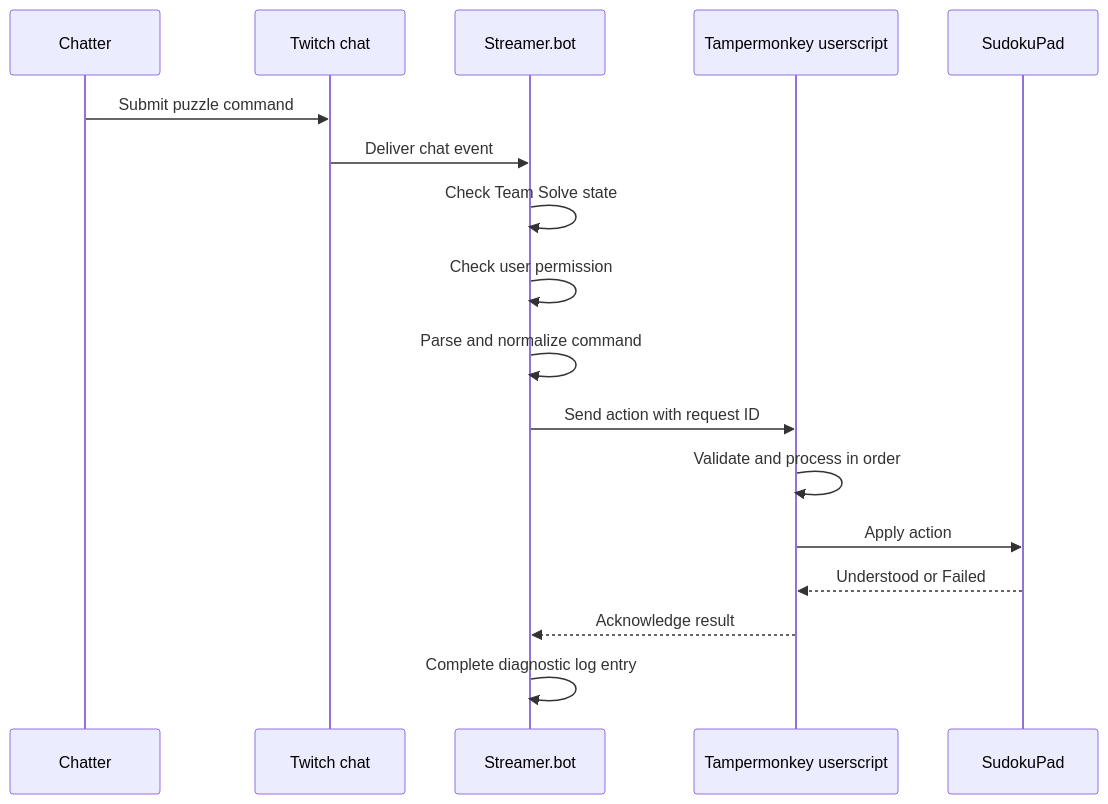
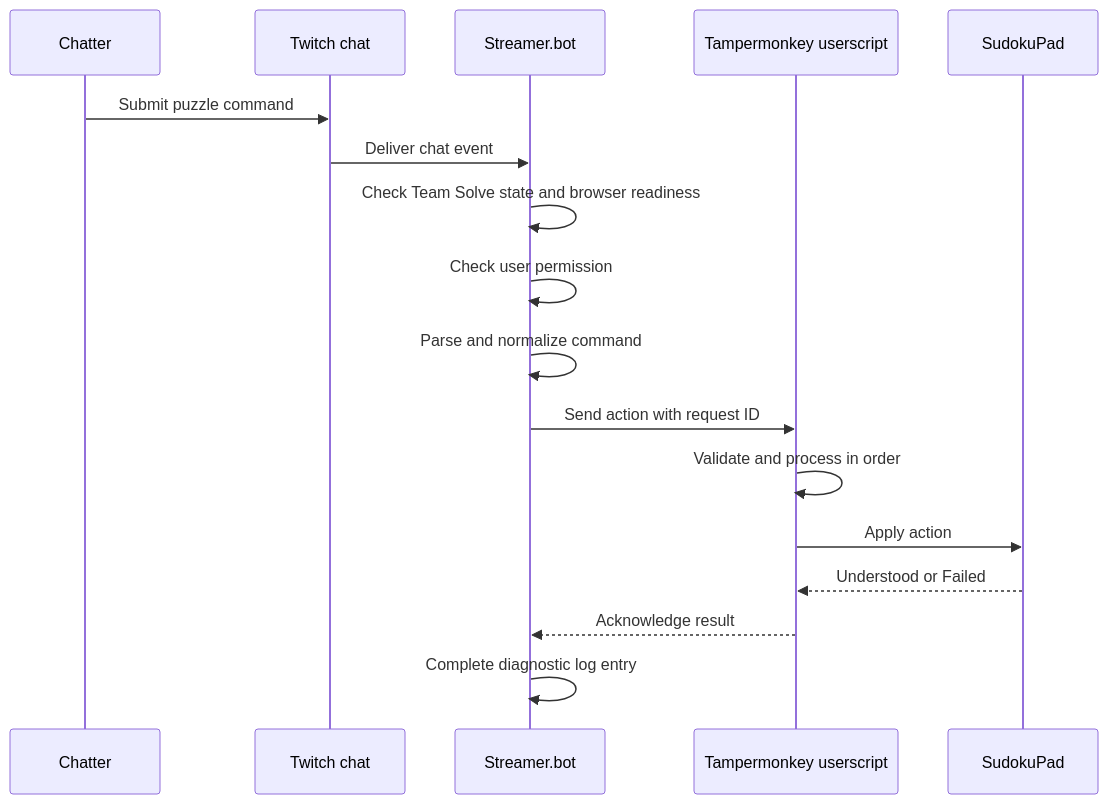
One commit to megamug1/SudokuTeamSolve changed the second of 2 diagrams in docs/overview.md. Above: the diagram before and after it, drawn with Mermaid. The commit also changed other lines of this file and 5 other files, not shown here.

Commit message:
Document streamlined Team Solve controls and persistent settings

````diff
--- a/docs/overview.md
+++ b/docs/overview.md
@@ -38,20 +39,20 @@
 ```mermaid
 sequenceDiagram
     participant C as Chatter
     participant T as Twitch chat
     participant S as Streamer.bot
     participant U as Tampermonkey userscript
     participant P as SudokuPad
 
     C->>T: Submit puzzle command
     T->>S: Deliver chat event
-    S->>S: Check Team Solve state
+    S->>S: Check Team Solve state and browser readiness
     S->>S: Check user permission
     S->>S: Parse and normalize command
     S->>U: Send action with request ID
     U->>U: Validate and process in order
     U->>P: Apply action
     P-->>U: Understood or Failed
     U-->>S: Acknowledge result
     S->>S: Complete diagnostic log entry
 ```
````
